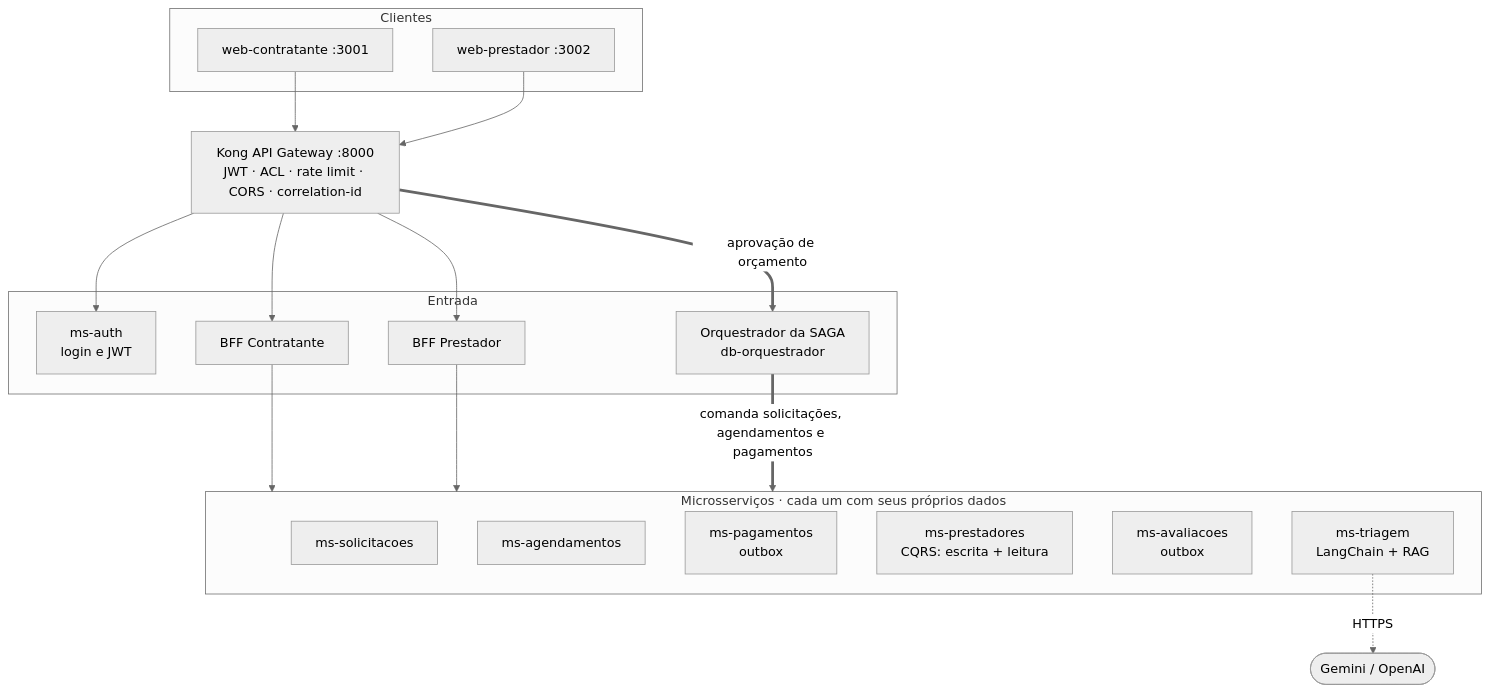
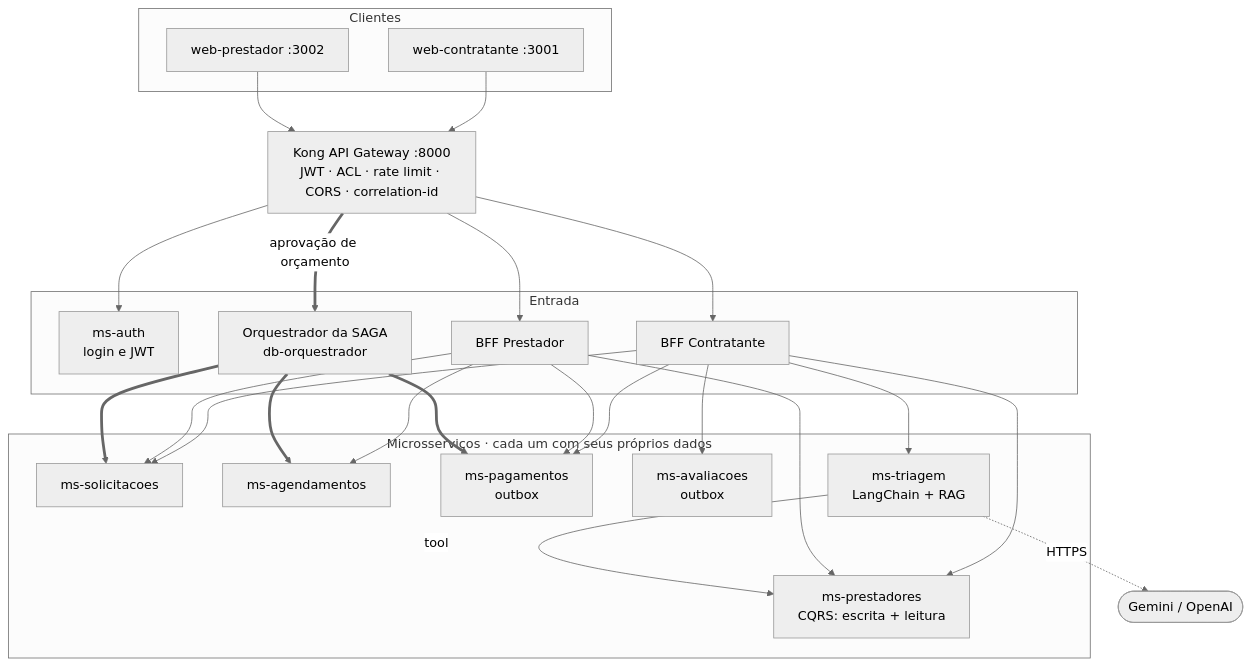
Before and after one commit to markin-silva/ResolveLar: the diagram in README.md, drawn with Mermaid (neutral theme). The commit also changed other lines of this file, not shown here.

Commit message:
Revise service mappings and HTTP call descriptions
Updated the README to reflect new mappings and HTTP call details.

````diff
--- a/README.md
+++ b/README.md
@@ -47,38 +47,48 @@
 ```mermaid
 flowchart TB
     subgraph CLI [Clientes]
         WC[web-contratante :3001]
         WP[web-prestador :3002]
     end
 
     KONG[Kong API Gateway :8000<br/>JWT · ACL · rate limit · CORS · correlation-id]
 
     subgraph ENT [Entrada]
         AUTH[ms-auth<br/>login e JWT]
         BFFC[BFF Contratante]
         BFFP[BFF Prestador]
         ORQ[Orquestrador da SAGA<br/>db-orquestrador]
     end
 
     subgraph DOM [Microsserviços · cada um com seus próprios dados]
         SOL[ms-solicitacoes]
         AGE[ms-agendamentos]
         PAG[ms-pagamentos<br/>outbox]
         PREST[ms-prestadores<br/>CQRS: escrita + leitura]
         AVA[ms-avaliacoes<br/>outbox]
         TRI[ms-triagem<br/>LangChain + RAG]
     end
 
     LLM([Gemini / OpenAI])
 
     WC --> KONG
     WP --> KONG
     KONG --> AUTH
     KONG --> BFFC
     KONG --> BFFP
     KONG ==>|aprovação de orçamento| ORQ
-    BFFC --> DOM
-    BFFP --> DOM
-    ORQ ==>|comanda solicitações, agendamentos e pagamentos| DOM
+    BFFC --> SOL
+    BFFC --> PAG
+    BFFC --> PREST
+    BFFC --> AVA
+    BFFC --> TRI
+    BFFP --> SOL
+    BFFP --> AGE
+    BFFP --> PAG
+    BFFP --> PREST
+    ORQ ==> SOL
+    ORQ ==> AGE
+    ORQ ==> PAG
+    TRI -->|tool| PREST
     TRI -.->|HTTPS| LLM
 ```
````
